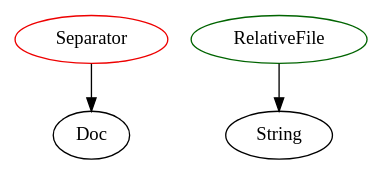
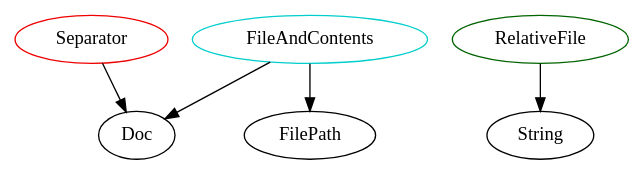
One commit to JacquesCarette/Drasil changed the diagram in analysis/TypeDependencyGraphs/utils.dot. Above: the diagram before and after it, drawn with Graphviz. The commit also changed 686 other files, not shown here.

```diff
--- a/analysis/TypeDependencyGraphs/utils.dot
+++ b/analysis/TypeDependencyGraphs/utils.dot
@@ -1,28 +1,35 @@
 digraph alltypes {
 	subgraph directory {
 	}
 	subgraph document {
 		subgraph separator{
 		Separator	[shape=oval, color=red2, label="Separator"];
 		Separator -> Doc;
 		}
 	}
 	subgraph englihs {
+	}
+	subgraph filedata {
+		subgraph fileandcontents{
+		FileAndContents	[shape=oval, color=cyan3, label="FileAndContents"];
+		FileAndContents -> FilePath;
+		FileAndContents -> Doc;
+		}
 	}
 	subgraph fileio {
 	}
 	subgraph filepath {
 		subgraph relativefile{
 		RelativeFile	[shape=oval, color=darkgreen, label="RelativeFile"];
 		RelativeFile -> String;
 		}
 	}
 	subgraph litss {
 	}
 	subgraph strings {
 	}
 	subgraph typeclasess {
 	}
 	subgraph drails {
 	}
 }
```
